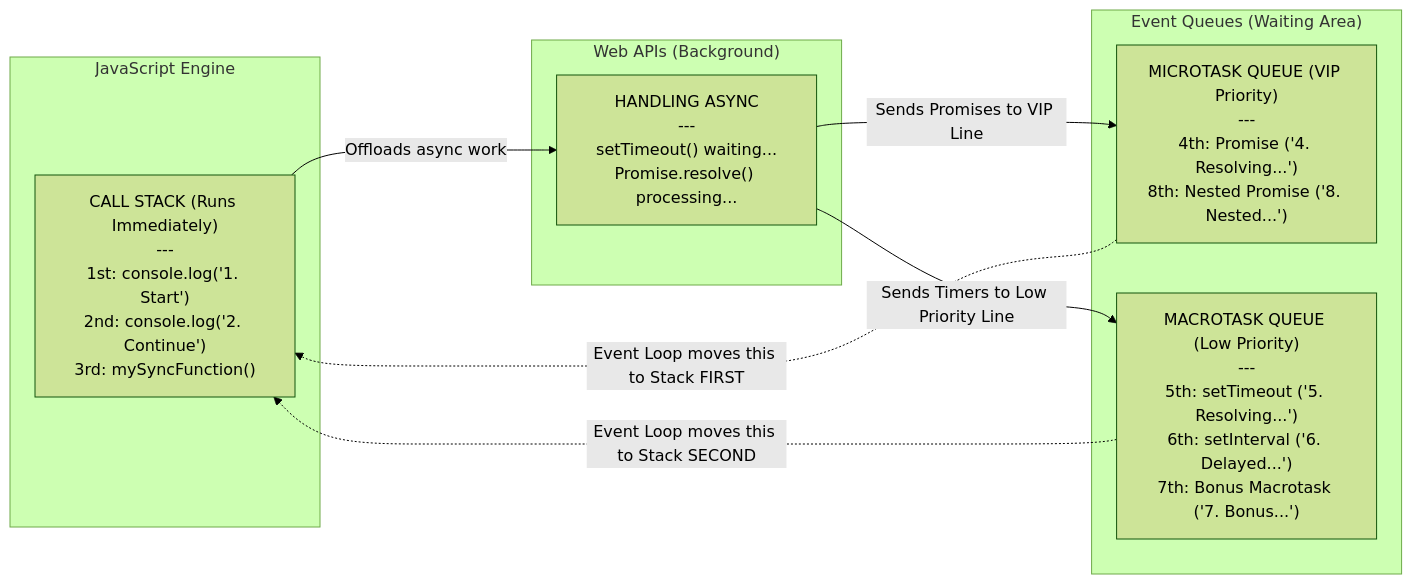
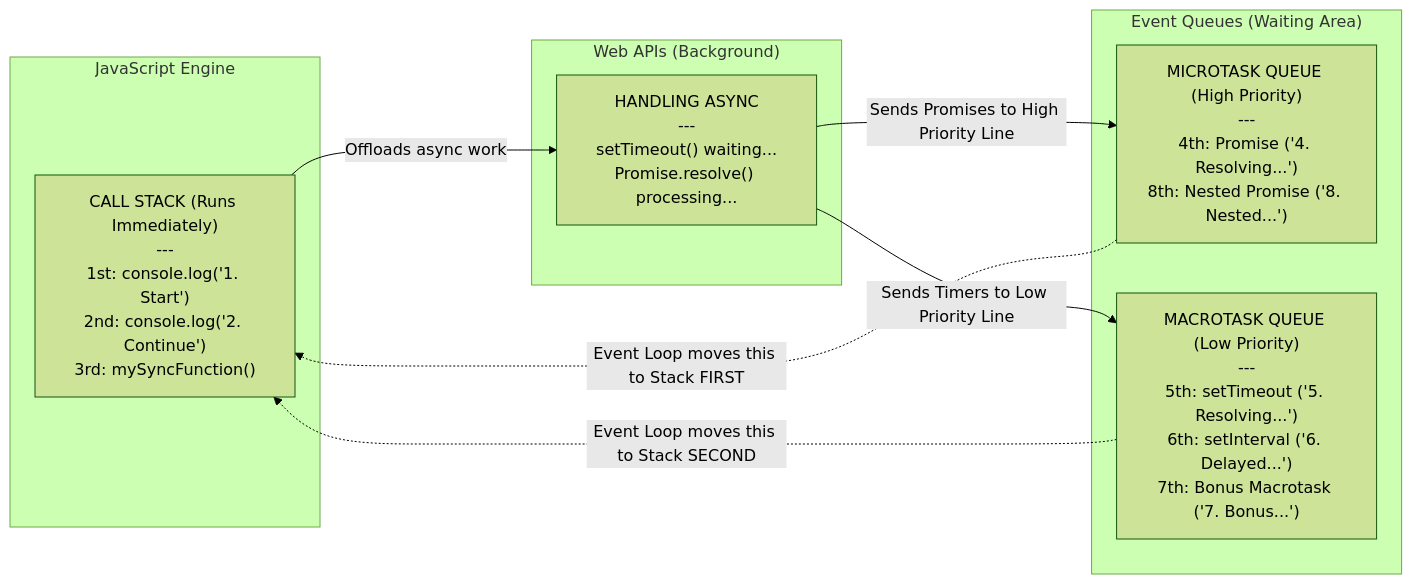
One commit to moideen-mashad/JavaScript-Event-Loop-Basics changed the diagram in README.md. Above: the diagram before and after it, drawn with Mermaid (forest theme). The commit also changed other lines of this file, not shown here.

Commit message:
JavaScript Event Loop Basics

````diff
--- a/README.md
+++ b/README.md
@@ -25,22 +25,22 @@
 ```mermaid
 flowchart LR
     subgraph Engine["JavaScript Engine"]
         Stack["CALL STACK (Runs Immediately)<br/>---<br/>1st: console.log('1. Start')<br/>2nd: console.log('2. Continue')<br/>3rd: mySyncFunction()"]
     end
 
     subgraph Browser["Web APIs (Background)"]
         AsyncTasks["HANDLING ASYNC<br/>---<br/>setTimeout() waiting...<br/>Promise.resolve() processing..."]
     end
 
     subgraph Memory["Event Queues (Waiting Area)"]
-        Micro["MICROTASK QUEUE (VIP Priority)<br/>---<br/>4th: Promise ('4. Resolving...')<br/>8th: Nested Promise ('8. Nested...')"]
+        Micro["MICROTASK QUEUE (High Priority)<br/>---<br/>4th: Promise ('4. Resolving...')<br/>8th: Nested Promise ('8. Nested...')"]
         Macro["MACROTASK QUEUE (Low Priority)<br/>---<br/>5th: setTimeout ('5. Resolving...')<br/>6th: setInterval ('6. Delayed...')<br/>7th: Bonus Macrotask ('7. Bonus...')"]
     end
 
     Stack --"Offloads async work"--> AsyncTasks
-    AsyncTasks --"Sends Promises to VIP Line"--> Micro
+    AsyncTasks --"Sends Promises to High Priority Line"--> Micro
     AsyncTasks --"Sends Timers to Low Priority Line"--> Macro
 
     Micro -."Event Loop moves this to Stack FIRST".-> Stack
     Macro -."Event Loop moves this to Stack SECOND".-> Stack
 ```
````
